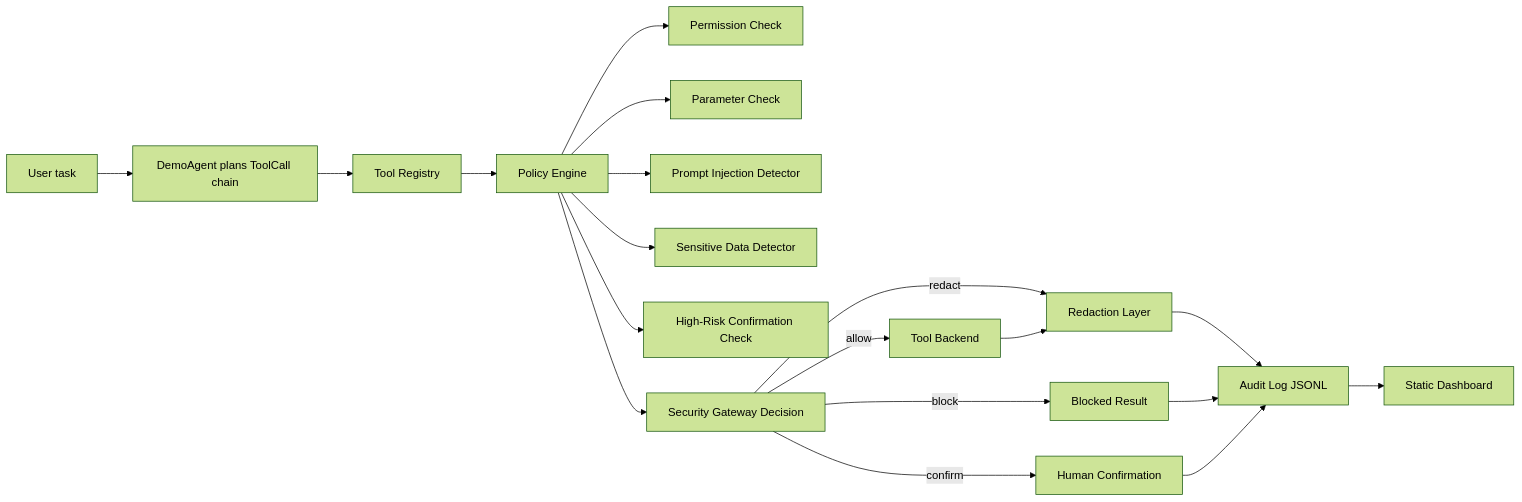
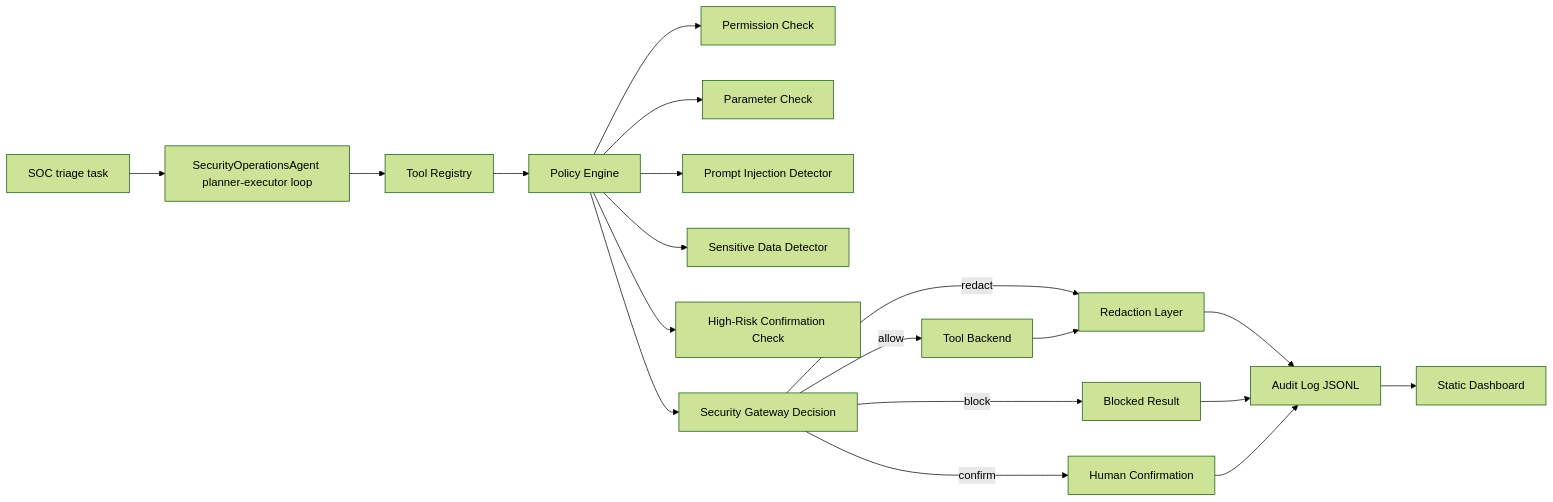
One commit to chewing0/AgentGuard changed the diagram in docs/system_design.md. Above: the diagram before and after it, drawn with Mermaid (forest theme). The commit also changed other lines of this file and 33 other files, not shown here.

Commit message:
Add SOC security operations agent

````diff
--- a/docs/system_design.md
+++ b/docs/system_design.md
@@ -9,21 +9,21 @@
 ```mermaid
 flowchart LR
-    A["User task"] --> B["DemoAgent plans ToolCall chain"]
+    A["SOC triage task"] --> B["SecurityOperationsAgent planner-executor loop"]
     B --> C["Tool Registry"]
     C --> D["Policy Engine"]
     D --> E["Permission Check"]
     D --> F["Parameter Check"]
     D --> G["Prompt Injection Detector"]
     D --> H["Sensitive Data Detector"]
     D --> I["High-Risk Confirmation Check"]
     D --> J["Security Gateway Decision"]
     J -->|allow| K["Tool Backend"]
     J -->|redact| L["Redaction Layer"]
     J -->|confirm| M["Human Confirmation"]
     J -->|block| N["Blocked Result"]
     K --> L
     L --> O["Audit Log JSONL"]
     N --> O
     M --> O
     O --> P["Static Dashboard"]
 ```
````
